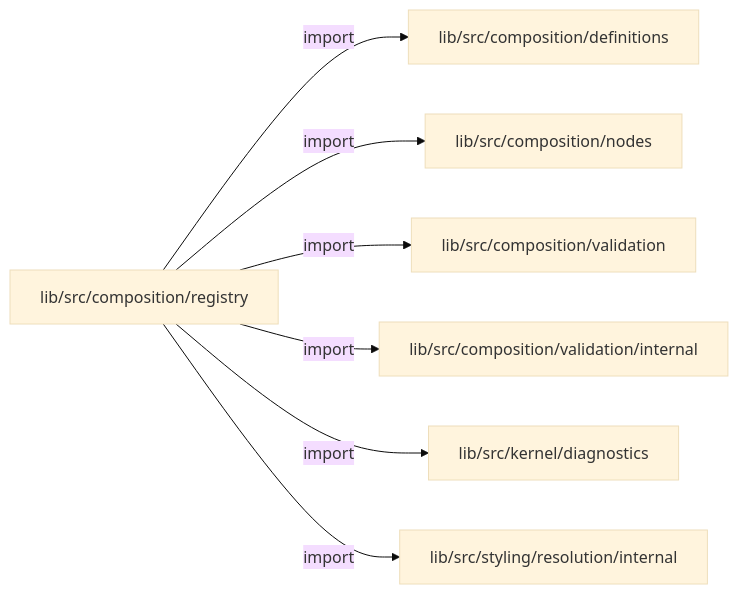
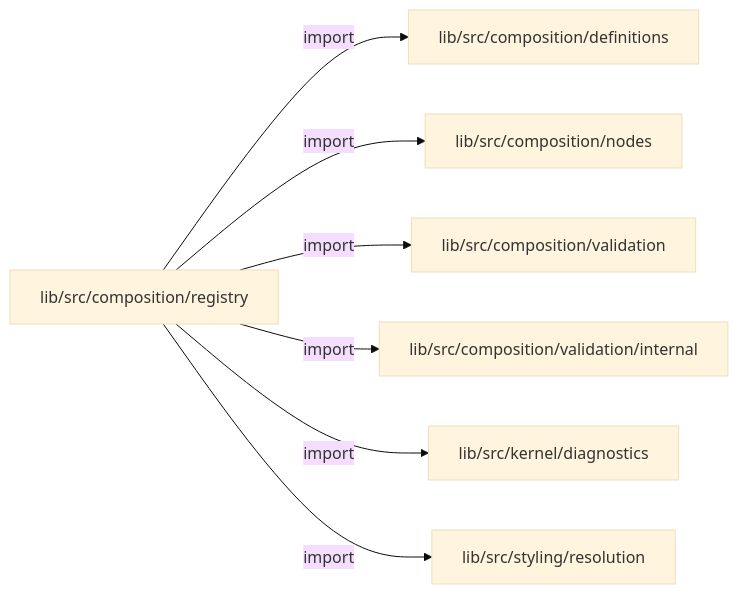
Before and after one commit to MiuDog/Kallopis: the first of 2 diagrams in docs/architecture/src/composition/registry/README.md, drawn with Mermaid (base theme). The commit also changed other lines of this file and 9688 other files, not shown here.

Commit message:
Prepare isolated Flow F2 peer baseline

````diff
--- a/docs/architecture/src/composition/registry/README.md
+++ b/docs/architecture/src/composition/registry/README.md
@@ -13,16 +13,16 @@
 ```mermaid
 flowchart LR
 	n0["lib/src/composition/registry"]
 	n1["lib/src/composition/definitions"]
 	n2["lib/src/composition/nodes"]
 	n3["lib/src/composition/validation"]
 	n4["lib/src/composition/validation/internal"]
 	n5["lib/src/kernel/diagnostics"]
-	n6["lib/src/styling/resolution/internal"]
+	n6["lib/src/styling/resolution"]
 	n0 -->|"import"| n1
 	n0 -->|"import"| n2
 	n0 -->|"import"| n3
 	n0 -->|"import"| n4
 	n0 -->|"import"| n5
 	n0 -->|"import"| n6
 ```
````
